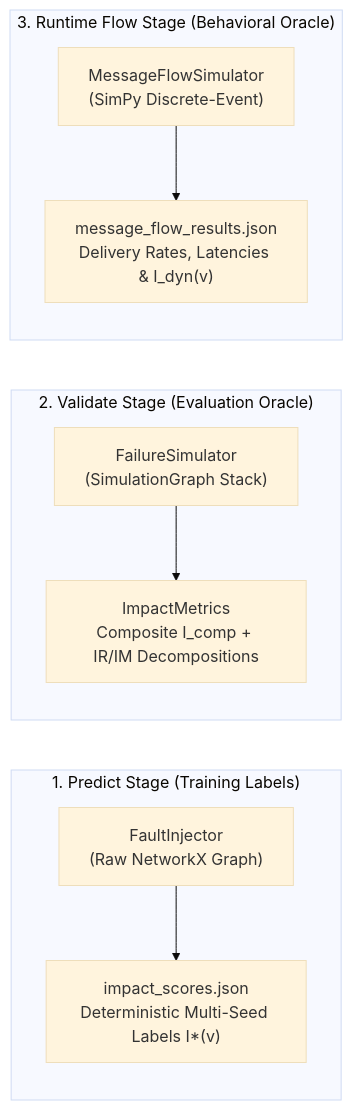
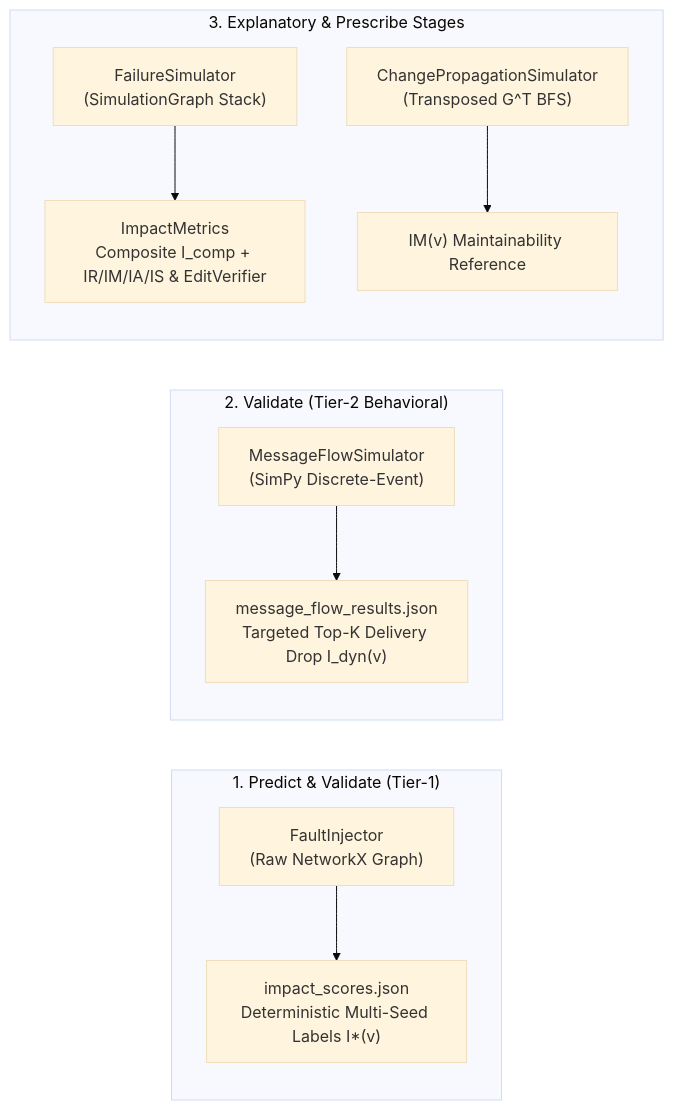
One commit to onuralpyigit/software-as-a-graph changed the second of 4 diagrams in docs/failure-simulation.md. Above: the diagram before and after it, drawn with Mermaid (base theme). The commit also changed other lines of this file and 19 other files, not shown here.

````diff
--- a/docs/failure-simulation.md
+++ b/docs/failure-simulation.md
@@ -92,14 +100,15 @@
 ```mermaid
 flowchart LR
-    subgraph PredictStage["1. Predict Stage (Training Labels)"]
+    subgraph PredictValidate["1. Predict & Validate (Tier-1)"]
         FI["FaultInjector<br>(Raw NetworkX Graph)"] --> LBL["impact_scores.json<br>Deterministic Multi-Seed Labels I*(v)"]
     end
 
-    subgraph ValidateStage["2. Validate Stage (Evaluation Oracle)"]
-        FS["FailureSimulator<br>(SimulationGraph Stack)"] --> ORC["ImpactMetrics<br>Composite I_comp + IR/IM Decompositions"]
+    subgraph ValidateTier2["2. Validate (Tier-2 Behavioral)"]
+        MFS["MessageFlowSimulator<br>(SimPy Discrete-Event)"] --> DYN["message_flow_results.json<br>Targeted Top-K Delivery Drop I_dyn(v)"]
     end
 
-    subgraph DynamicStage["3. Runtime Flow Stage (Behavioral Oracle)"]
-        MFS["MessageFlowSimulator<br>(SimPy Discrete-Event)"] --> DYN["message_flow_results.json<br>Delivery Rates, Latencies & I_dyn(v)"]
+    subgraph ExplainPrescribe["3. Explanatory & Prescribe Stages"]
+        FS["FailureSimulator<br>(SimulationGraph Stack)"] --> ORC["ImpactMetrics<br>Composite I_comp + IR/IM/IA/IS & EditVerifier"]
+        CPS["ChangePropagationSimulator<br>(Transposed G^T BFS)"] --> MR["IM(v) Maintainability Reference"]
     end
 ```
````
